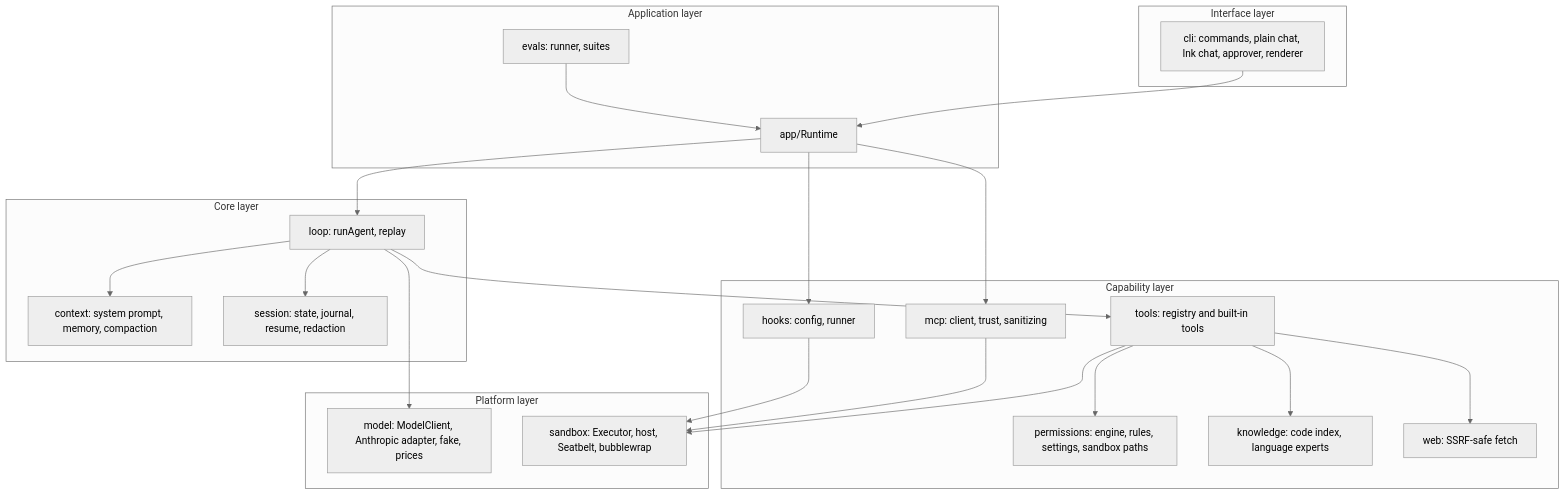
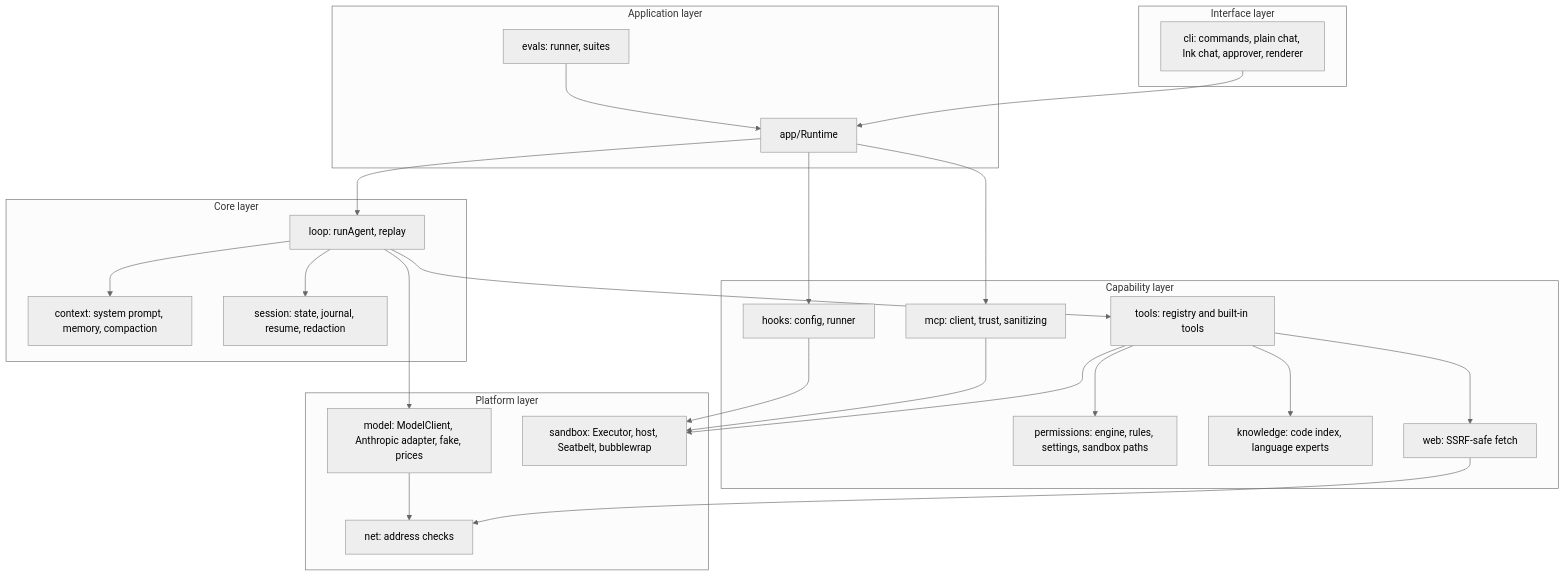
Before and after one commit to madhu-sv/garuda: the second of 3 diagrams in docs/architecture.md, drawn with Mermaid (neutral theme). The commit also changed other lines of this file and 20 other files, not shown here.

````diff
--- a/docs/architecture.md
+++ b/docs/architecture.md
@@ -40,42 +41,45 @@
 ```mermaid
 flowchart TB
   subgraph UI[Interface layer]
     cli[cli: commands, plain chat, Ink chat, approver, renderer]
   end
   subgraph App[Application layer]
     runtime[app/Runtime]
     evals[evals: runner, suites]
   end
   subgraph Core[Core layer]
     loop[loop: runAgent, replay]
     context[context: system prompt, memory, compaction]
     session[session: state, journal, resume, redaction]
   end
   subgraph Capabilities[Capability layer]
     tools[tools: registry and built-in tools]
     permissions[permissions: engine, rules, settings, sandbox paths]
     knowledge[knowledge: code index, language experts]
     mcp[mcp: client, trust, sanitizing]
     web[web: SSRF-safe fetch]
     hooks[hooks: config, runner]
   end
   subgraph Platform[Platform layer]
     model[model: ModelClient, Anthropic adapter, fake, prices]
     sandbox[sandbox: Executor, host, Seatbelt, bubblewrap]
+    net[net: address checks]
   end
   cli --> runtime
   evals --> runtime
   runtime --> loop
   runtime --> mcp
   runtime --> hooks
   loop --> context
   loop --> session
   loop --> tools
   loop --> model
   tools --> permissions
   tools --> sandbox
   tools --> knowledge
   tools --> web
   mcp --> sandbox
   hooks --> sandbox
+  web --> net
+  model --> net
 ```
````
